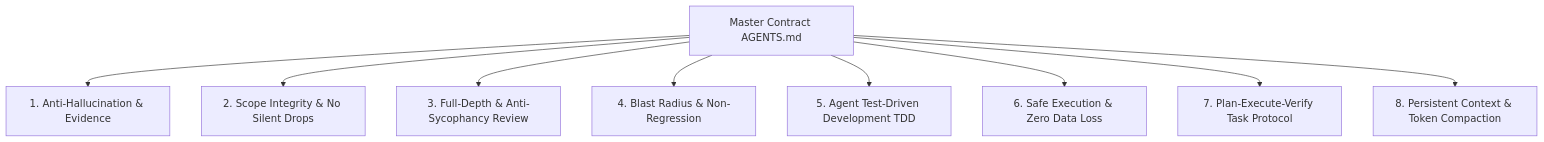
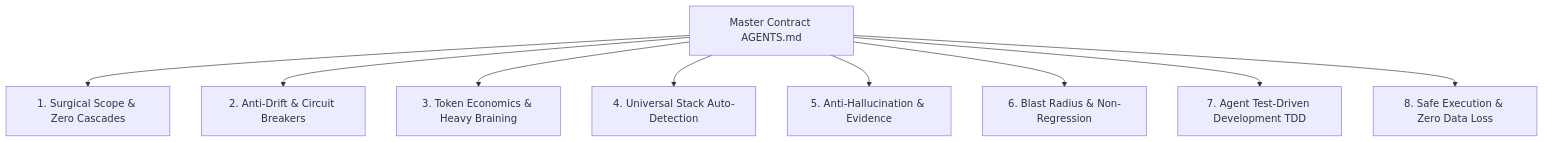
One commit to padhy-debug/agent-constitution changed the diagram in README.md. Above: the diagram before and after it, drawn with Mermaid. The commit also changed other lines of this file and 12 other files, not shown here.

Commit message:
feat: add surgical editing, anti-drift circuit breaker, token economy, and universal stack detection

````diff
--- a/README.md
+++ b/README.md
@@ -71,11 +67,11 @@
 ```mermaid
 graph TD
-    A[Master Contract AGENTS.md] --> B[1. Anti-Hallucination & Evidence]
-    A --> C[2. Scope Integrity & No Silent Drops]
-    A --> D[3. Full-Depth & Anti-Sycophancy Review]
-    A --> E[4. Blast Radius & Non-Regression]
-    A --> F[5. Agent Test-Driven Development TDD]
-    A --> G[6. Safe Execution & Zero Data Loss]
-    A --> H[7. Plan-Execute-Verify Task Protocol]
-    A --> I[8. Persistent Context & Token Compaction]
+    A[Master Contract AGENTS.md] --> B[1. Surgical Scope & Zero Cascades]
+    A --> C[2. Anti-Drift & Circuit Breakers]
+    A --> D[3. Token Economics & Heavy Braining]
+    A --> E[4. Universal Stack Auto-Detection]
+    A --> F[5. Anti-Hallucination & Evidence]
+    A --> G[6. Blast Radius & Non-Regression]
+    A --> H[7. Agent Test-Driven Development TDD]
+    A --> I[8. Safe Execution & Zero Data Loss]
 ```
````
